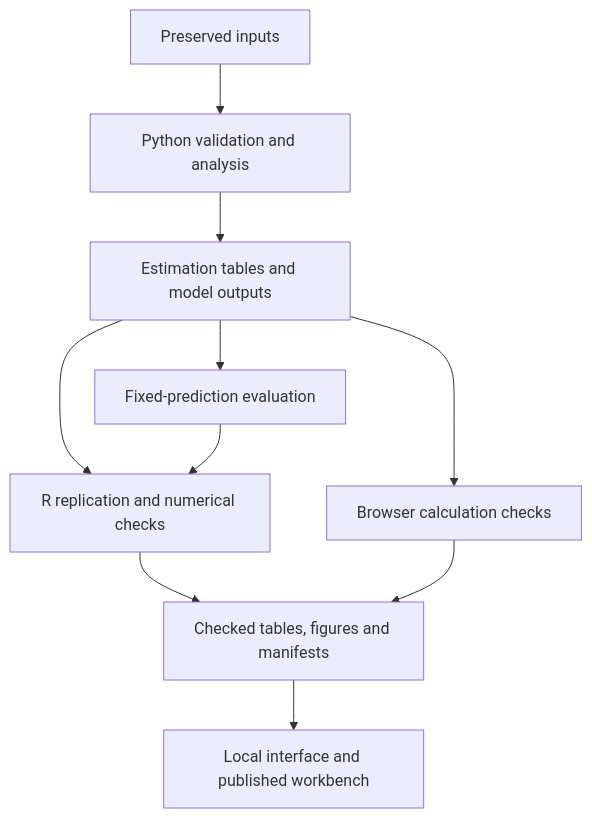
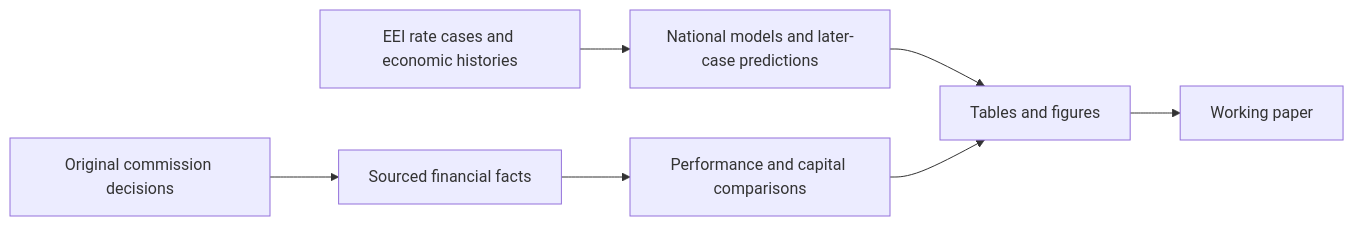
One commit to kazirafsanmahboob29-create/anchored-returns changed the diagram in docs/ARCHITECTURE.md. Above: the diagram before and after it, drawn with Mermaid. The commit also changed other lines of this file and 353 other files, not shown here.

````diff
--- a/docs/ARCHITECTURE.md
+++ b/docs/ARCHITECTURE.md
@@ -9,12 +7,9 @@
 ```mermaid
-flowchart TD
-    A[Preserved inputs] --> B[Python validation and analysis]
-    B --> C[Estimation tables and model outputs]
-    C --> D[R replication and numerical checks]
-    C --> H[Fixed-prediction evaluation]
-    H --> D
-    C --> E[Browser calculation checks]
-    D --> F[Checked tables, figures and manifests]
+flowchart LR
+    A[EEI rate cases and economic histories] --> B[National models and later-case predictions]
+    C[Original commission decisions] --> D[Sourced financial facts]
+    D --> E[Performance and capital comparisons]
+    B --> F[Tables and figures]
     E --> F
-    F --> G[Local interface and published workbench]
+    F --> G[Working paper]
 ```
````
